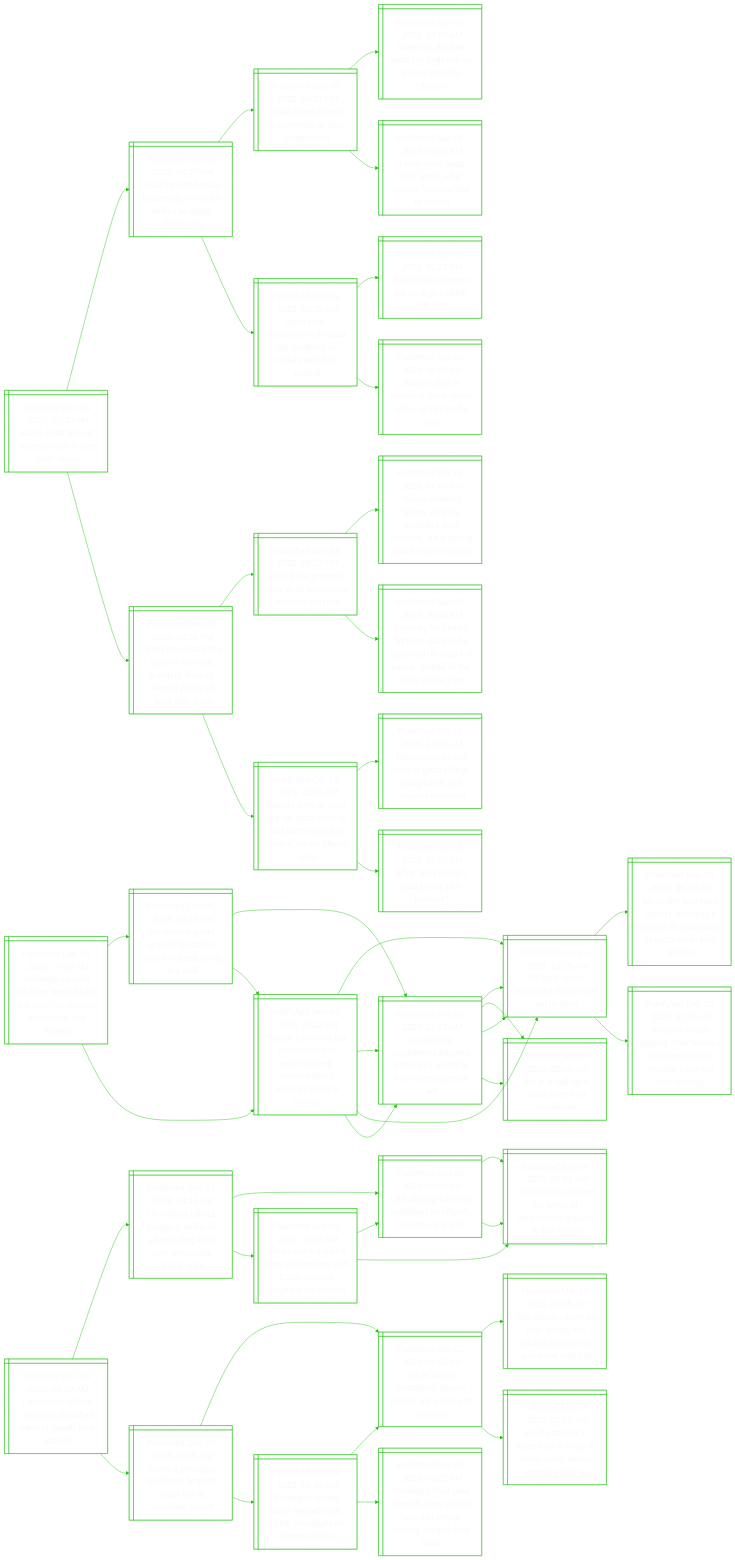
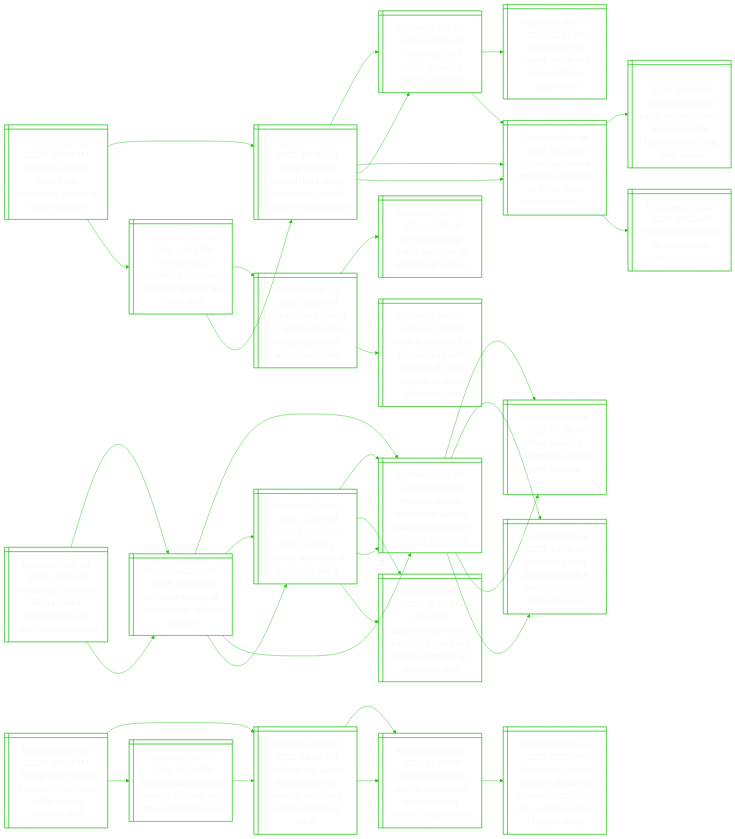
One commit to notJmes/notJmes changed the diagram in README.md. Above: the diagram before and after it, drawn with Mermaid. The commit also changed other lines of this file, not shown here.

````diff
--- a/README.md
+++ b/README.md
@@ -16,142 +16,118 @@
 flowchart LR
 classDef txtsize font-size:20px;
 
-IlrSeeNro@{ shape: win-pane, label: "_Published Dec 08, 2025, 07:30 AM_
-Israel, qatar and us secretly meet in new york: report" }
-Ilemahmaroais@{ shape: win-pane, label: "_Published Sep 09, 2025, 09:27 PM_
-Israel targets hamas leadership in military strikes on qatar, officials say" }
-Ilssreana@{ shape: win-pane, label: "_Published Sep 08, 2025, 04:31 PM_
-Israel warns hamas to surrender or face ‘annihilation’" }
-Ilaeahitsnos@{ shape: win-pane, label: "_Published Sep 08, 2025, 03:55 AM_
-Israel hits another gaza city high-rise as troops intensify offensive" }
-Teaanrisnos@{ shape: win-pane, label: "_Published Sep 08, 2025, 03:21 AM_
-Trump eyes gaza deal ‘soon’, after issuing ‘last warning’ to hamas" }
-Lnthlareseeis@{ shape: win-pane, label: "_Published Sep 09, 2025, 02:18 AM_
-‘leave now’, netanyahu tells gaza city residents as israel intensifies assault" }
-Ptneltsbo@{ shape: win-pane, label: "_Published Sep 08, 2025, 05:21 PM_
-Palestinian gunmen kill six at jerusalem bus stop" }
-IlkvitSneidy@{ shape: win-pane, label: "_Published Sep 09, 2025, 06:21 AM_
-Israel strikes in vicinity of three syrian cities, syrian media say" }
-Ileayiemisnsaan@{ shape: win-pane, label: "_Published Dec 07, 2025, 08:31 PM_
-Israeli pm netanyahu says he will meet trump to discuss second phase of gaza plan soon" }
-GrrswrHvnrs@{ shape: win-pane, label: "_Published Nov 24, 2025, 08:22 PM_
-Gaza truce progress slow as israeli-hamas violence persists" }
-Tdrcaaededlncbs@{ shape: win-pane, label: "_Published Oct 14, 2025, 07:45 PM_
-Trump declares victory as gaza ceasefire deal reached, but a lasting peace may be elusive" }
-AtHfezerydatoGel@{ shape: win-pane, label: "_Published Sep 30, 2025, 06:45 AM_
-Amnesty for hamas fighters, gaza to be governed by ‘board of peace’: details of the gaza peace plan" }
-Haognsidctseoiy@{ shape: win-pane, label: "_Published Oct 18, 2025, 12:36 AM_
-Hamas aims to keep grip on gaza security and can't commit to disarm, senior official says" }
-Hcewfkntrnucr@{ shape: win-pane, label: "_Published Oct 14, 2025, 12:30 AM_
-Hamas carries out wave of gaza killings, citing crime and security concerns" }
-Wouaaam@{ shape: win-pane, label: "_Published Oct 09, 2025, 05:50 PM_
-What does trump’s gaza peace plan promise?" }
+Kdtneretpsl@{ shape: win-pane, label: "_Published Dec 08, 2025, 09:00 AM_
+Kennedy center honors fete performers, but trump takes spotlight" }
+TteeaohotvKdt@{ shape: win-pane, label: "_Published Feb 08, 2025, 09:30 AM_
+Trump to make himself head of top washington cultural venue kennedy centre" }
+TseoBsrln@{ shape: win-pane, label: "_Published Feb 08, 2025, 08:39 AM_
+Trump says he’s revoking biden’s security clearance" }
+SiUiinenWn@{ shape: win-pane, label: "_Published Jan 07, 2021, 12:55 PM_
+Storming of us capitol: timeline of key events in washington" }
+Tseanccroytne@{ shape: win-pane, label: "_Published Feb 08, 2025, 01:34 AM_
+Trump says he will announce reciprocal tariffs on many countries next week" }
+Tseanccroytne@{ shape: win-pane, label: "_Published Feb 08, 2025, 01:34 AM_
+Trump says he will announce reciprocal tariffs on many countries next week" }
+TtcJtuhrtbcegIa@{ shape: win-pane, label: "_Published Feb 08, 2025, 03:00 AM_
+Trump touts close japan ties but pushes for ‘even’ trade balance in meeting with ishiba" }
+TpsfMoabta@{ shape: win-pane, label: "_Published Feb 04, 2025, 08:15 AM_
+Trump pauses tariffs on mexico and canada, but not china" }
+Tperoneisioh@{ shape: win-pane, label: "_Published Mar 18, 2025, 12:15 PM_
+Trump pledges overhaul of kennedy centre in first visit as board chair" }
+Tosifanidofia@{ shape: win-pane, label: "_Published Mar 15, 2025, 02:30 PM_
+Trump orders gutting of 7 federal agencies, including voice of america’s parent" }
+Ueurairede@{ shape: win-pane, label: "_Published Mar 14, 2025, 03:36 AM_
+Us federal judge orders agencies to rehire fired workers" }
+WHltsahlfenstcp@{ shape: win-pane, label: "_Published Mar 14, 2025, 06:31 PM_
+White house looks to press ahead with mass layoffs after agencies submit reduction plans" }
+TteeaohotvKdt@{ shape: win-pane, label: "_Published Feb 08, 2025, 09:30 AM_
+Trump to make himself head of top washington cultural venue kennedy centre" }
+TseoBsrln@{ shape: win-pane, label: "_Published Feb 08, 2025, 08:39 AM_
+Trump says he’s revoking biden’s security clearance" }
+Tseanccroytne@{ shape: win-pane, label: "_Published Feb 08, 2025, 01:34 AM_
+Trump says he will announce reciprocal tariffs on many countries next week" }
 
-IlrSeeNro:::txtsize --> Ilemahmaroais:::txtsize
-Ilemahmaroais:::txtsize --> Ilssreana:::txtsize
-Ilssreana:::txtsize --> Ilaeahitsnos:::txtsize
-Ilssreana:::txtsize --> Teaanrisnos:::txtsize
-Ilemahmaroais:::txtsize --> Lnthlareseeis:::txtsize
-Lnthlareseeis:::txtsize --> Ptneltsbo:::txtsize
-Lnthlareseeis:::txtsize --> IlkvitSneidy:::txtsize
-IlrSeeNro:::txtsize --> Ileayiemisnsaan:::txtsize
-Ileayiemisnsaan:::txtsize --> GrrswrHvnrs:::txtsize
-GrrswrHvnrs:::txtsize --> Tdrcaaededlncbs:::txtsize
-GrrswrHvnrs:::txtsize --> AtHfezerydatoGel:::txtsize
-Ileayiemisnsaan:::txtsize --> Haognsidctseoiy:::txtsize
-Haognsidctseoiy:::txtsize --> Hcewfkntrnucr:::txtsize
-Haognsidctseoiy:::txtsize --> Wouaaam:::txtsize
+Kdtneretpsl:::txtsize --> TteeaohotvKdt:::txtsize
+TteeaohotvKdt:::txtsize --> TseoBsrln:::txtsize
+TseoBsrln:::txtsize --> SiUiinenWn:::txtsize
+TseoBsrln:::txtsize --> Tseanccroytne:::txtsize
+TteeaohotvKdt:::txtsize --> Tseanccroytne:::txtsize
+Tseanccroytne:::txtsize --> TtcJtuhrtbcegIa:::txtsize
+Tseanccroytne:::txtsize --> TpsfMoabta:::txtsize
+Kdtneretpsl:::txtsize --> Tperoneisioh:::txtsize
+Tperoneisioh:::txtsize --> Tosifanidofia:::txtsize
+Tosifanidofia:::txtsize --> Ueurairede:::txtsize
+Tosifanidofia:::txtsize --> WHltsahlfenstcp:::txtsize
+Tperoneisioh:::txtsize --> TteeaohotvKdt:::txtsize
+TteeaohotvKdt:::txtsize --> TseoBsrln:::txtsize
+TteeaohotvKdt:::txtsize --> Tseanccroytne:::txtsize
 
-Kdcdrnccoertae@{ shape: win-pane, label: "_Published Dec 08, 2025, 07:15 AM_
-Kennedy vaccine advisers ‘turned back the clock’ on disease prevention, say experts" }
-Ucaphiaetrrf@{ shape: win-pane, label: "_Published Dec 06, 2025, 10:25 AM_
-Us vaccine panel upends hepatitis b advice in latest trump-era shift" }
-Ucotethsdssny@{ shape: win-pane, label: "_Published Dec 03, 2025, 11:01 AM_
-Us vaccine committee’s hepatitis b changes would be most consequential yet" }
-Usyidcsre@{ shape: win-pane, label: "_Published Dec 03, 2025, 10:25 AM_
-Us fda’s newly appointed drugs chief set to retire" }
-Rifttiec@{ shape: win-pane, label: "_Published Jan 02, 2025, 05:00 AM_
-Rfk jr is half right about american healthcare" }
-TeeDmoespeoevnn@{ shape: win-pane, label: "_Published Dec 04, 2025, 10:12 AM_
-Twelve former us fda commissioners express deep concern about agency’s vaccine change" }
-Usyidcsre@{ shape: win-pane, label: "_Published Dec 03, 2025, 10:25 AM_
-Us fda’s newly appointed drugs chief set to retire" }
-Ucotethsdssny@{ shape: win-pane, label: "_Published Dec 03, 2025, 11:01 AM_
-Us vaccine committee’s hepatitis b changes would be most consequential yet" }
-TeeDmoespeoevnn@{ shape: win-pane, label: "_Published Dec 04, 2025, 10:12 AM_
-Twelve former us fda commissioners express deep concern about agency’s vaccine change" }
-Usyidcsre@{ shape: win-pane, label: "_Published Dec 03, 2025, 10:25 AM_
-Us fda’s newly appointed drugs chief set to retire" }
-Ulcreeyituuaeole@{ shape: win-pane, label: "_Published Nov 18, 2025, 05:10 AM_
-Us health secretary robert f. kennedy jr tries to tie aluminium in vaccines to food allergies" }
-FUleheioeepento@{ shape: win-pane, label: "_Published Sep 18, 2025, 01:56 AM_
-Fired us health agency chief testifies about pressure to ‘replace evidence with ideology’" }
-Ucotethsdssny@{ shape: win-pane, label: "_Published Dec 03, 2025, 11:01 AM_
-Us vaccine committee’s hepatitis b changes would be most consequential yet" }
-Usyidcsre@{ shape: win-pane, label: "_Published Dec 03, 2025, 10:25 AM_
-Us fda’s newly appointed drugs chief set to retire" }
-Rifttiec@{ shape: win-pane, label: "_Published Jan 02, 2025, 05:00 AM_
-Rfk jr is half right about american healthcare" }
+Tsleiodnarera@{ shape: win-pane, label: "_Published Dec 08, 2025, 08:55 AM_
+Trump says ‘a little bit disappointed’ zelensky has not read peace proposal" }
+NaottirUk@{ shape: win-pane, label: "_Published Dec 07, 2025, 03:48 AM_
+No breakthrough at ‘constructive’ ukraine-us talks" }
+RansskerrocKa@{ shape: win-pane, label: "_Published Dec 06, 2025, 09:11 PM_
+Russian drones, missiles hit ukraine power and transport sectors, kyiv says" }
+Ntoaanrrotra@{ shape: win-pane, label: "_Published Dec 04, 2025, 07:38 AM_
+Next steps for ukraine talks unclear after moscow meeting, trump says" }
+Unyrlearthde@{ shape: win-pane, label: "_Published Dec 06, 2025, 10:16 AM_
+Un agency says chornobyl nuclear plant’s protective shield damaged" }
+Fermekrnznn@{ shape: win-pane, label: "_Published Dec 07, 2025, 12:16 AM_
+France’s macron to meet zelensky, starmer and merz in london on dec 8" }
+RansskerrocKa@{ shape: win-pane, label: "_Published Dec 06, 2025, 09:11 PM_
+Russian drones, missiles hit ukraine power and transport sectors, kyiv says" }
+Unphnanpiserttg@{ shape: win-pane, label: "_Published Dec 06, 2025, 08:01 PM_
+Ukraine’s zaporizhzhia nuclear plant temporarily lost power overnight, un watchdog says" }
+NaottirUk@{ shape: win-pane, label: "_Published Dec 07, 2025, 03:48 AM_
+No breakthrough at ‘constructive’ ukraine-us talks" }
+RansskerrocKa@{ shape: win-pane, label: "_Published Dec 06, 2025, 09:11 PM_
+Russian drones, missiles hit ukraine power and transport sectors, kyiv says" }
+Ntoaanrrotra@{ shape: win-pane, label: "_Published Dec 04, 2025, 07:38 AM_
+Next steps for ukraine talks unclear after moscow meeting, trump says" }
+Unyrlearthde@{ shape: win-pane, label: "_Published Dec 06, 2025, 10:16 AM_
+Un agency says chornobyl nuclear plant’s protective shield damaged" }
+Fermekrnznn@{ shape: win-pane, label: "_Published Dec 07, 2025, 12:16 AM_
+France’s macron to meet zelensky, starmer and merz in london on dec 8" }
+RansskerrocKa@{ shape: win-pane, label: "_Published Dec 06, 2025, 09:11 PM_
+Russian drones, missiles hit ukraine power and transport sectors, kyiv says" }
+Unphnanpiserttg@{ shape: win-pane, label: "_Published Dec 06, 2025, 08:01 PM_
+Ukraine’s zaporizhzhia nuclear plant temporarily lost power overnight, un watchdog says" }
 
-Kdcdrnccoertae:::txtsize --> Ucaphiaetrrf:::txtsize
-Ucaphiaetrrf:::txtsize --> Ucotethsdssny:::txtsize
-Ucotethsdssny:::txtsize --> Usyidcsre:::txtsize
-Ucotethsdssny:::txtsize --> Rifttiec:::txtsize
-Ucaphiaetrrf:::txtsize --> TeeDmoespeoevnn:::txtsize
-TeeDmoespeoevnn:::txtsize --> Usyidcsre:::txtsize
-TeeDmoespeoevnn:::txtsize --> Ucotethsdssny:::txtsize
-Kdcdrnccoertae:::txtsize --> TeeDmoespeoevnn:::txtsize
-TeeDmoespeoevnn:::txtsize --> Usyidcsre:::txtsize
-Usyidcsre:::txtsize --> Ulcreeyituuaeole:::txtsize
-Usyidcsre:::txtsize --> FUleheioeepento:::txtsize
-TeeDmoespeoevnn:::txtsize --> Ucotethsdssny:::txtsize
-Ucotethsdssny:::txtsize --> Usyidcsre:::txtsize
-Ucotethsdssny:::txtsize --> Rifttiec:::txtsize
+Tsleiodnarera:::txtsize --> NaottirUk:::txtsize
+NaottirUk:::txtsize --> RansskerrocKa:::txtsize
+RansskerrocKa:::txtsize --> Ntoaanrrotra:::txtsize
+RansskerrocKa:::txtsize --> Unyrlearthde:::txtsize
+NaottirUk:::txtsize --> Fermekrnznn:::txtsize
+Fermekrnznn:::txtsize --> RansskerrocKa:::txtsize
+Fermekrnznn:::txtsize --> Unphnanpiserttg:::txtsize
+Tsleiodnarera:::txtsize --> NaottirUk:::txtsize
+NaottirUk:::txtsize --> RansskerrocKa:::txtsize
+RansskerrocKa:::txtsize --> Ntoaanrrotra:::txtsize
+RansskerrocKa:::txtsize --> Unyrlearthde:::txtsize
+NaottirUk:::txtsize --> Fermekrnznn:::txtsize
+Fermekrnznn:::txtsize --> RansskerrocKa:::txtsize
+Fermekrnznn:::txtsize --> Unphnanpiserttg:::txtsize
 
-Draracivodaa@{ shape: win-pane, label: "_Published Dec 08, 2025, 06:50 AM_
-Democrats call for releasing classified video of deadly boat attacks" }
-UikperngutVura@{ shape: win-pane, label: "_Published Sep 03, 2025, 04:19 AM_
-Us military kills 11 people in strike on alleged drug boat from venezuela, trump says" }
-Ulfsrafapay@{ shape: win-pane, label: "_Published Aug 30, 2025, 03:43 AM_
-Us builds up forces in caribbean as officials, experts, ask why" }
-Ursratnldoi@{ shape: win-pane, label: "_Published Aug 08, 2025, 06:51 AM_
-Us increases reward for arrest of venezeula’s maduro to $64 million" }
-Ursratnldoi@{ shape: win-pane, label: "_Published Aug 08, 2025, 06:51 AM_
-Us increases reward for arrest of venezeula’s maduro to $64 million" }
-VuMoUswieggoy@{ shape: win-pane, label: "_Published Sep 02, 2025, 01:19 AM_
-Venezuela’s maduro says us warships with 1,200 missiles targeting his country" }
-Ulfsrafapay@{ shape: win-pane, label: "_Published Aug 30, 2025, 03:43 AM_
-Us builds up forces in caribbean as officials, experts, ask why" }
-Ursratnldoi@{ shape: win-pane, label: "_Published Aug 08, 2025, 06:51 AM_
-Us increases reward for arrest of venezeula’s maduro to $64 million" }
-Tsahegufsdo@{ shape: win-pane, label: "_Published Dec 07, 2025, 10:25 AM_
-Trump’s pentagon chief pete hegseth under fire as scandals mount" }
-WHmkssnliui@{ shape: win-pane, label: "_Published Mar 25, 2025, 04:50 AM_
-White house mistakenly shares yemen war plans with journalist" }
-Hiinuposhrah@{ shape: win-pane, label: "_Published Mar 17, 2025, 03:35 PM_
-‘hell will rain down on you’: trump, the houthis and the us’ proxy war with iran" }
-HicYfsteloofU@{ shape: win-pane, label: "_Published Mar 24, 2025, 07:55 AM_
-Houthi attacks in yemen force ships to make costly detour around africa: us" }
-PgvaHtrasoei@{ shape: win-pane, label: "_Published Dec 04, 2025, 05:30 AM_
-Pentagon review faults hegseth over signal messages on yemen strikes" }
-WHmkssnliui@{ shape: win-pane, label: "_Published Mar 25, 2025, 04:50 AM_
-White house mistakenly shares yemen war plans with journalist" }
-Pgitsahltnkldb@{ shape: win-pane, label: "_Published Dec 03, 2025, 03:21 AM_
-Pentagon chief pete hegseth says us has ‘only just begun’ striking alleged drug boats" }
+TseivrwtWrhe@{ shape: win-pane, label: "_Published Dec 08, 2025, 08:40 AM_
+Trump says he’ll be involved in review of netflix-warner brothers deal" }
+Niunocydtiimh@{ shape: win-pane, label: "_Published Dec 05, 2025, 08:40 PM_
+Netflix to buy warner bros discovery’s studios, streaming unit for more than $93b" }
+Nixilbrrsreua@{ shape: win-pane, label: "_Published Dec 05, 2025, 02:40 PM_
+Netflix in exclusive talks to buy warner bros discovery assets, source says" }
+BnmosaAtoppubsg@{ shape: win-pane, label: "_Published Dec 04, 2025, 02:29 PM_
+Bad bunny named spotify’s global top artiste in 2025, rose’s apt. is apple music’s biggest song" }
+NiaiWrwenoo@{ shape: win-pane, label: "_Published Dec 07, 2025, 06:20 PM_
+Netflix’s swallowing of warner bros will be the end of hollywood" }
+Niunocydtiimh@{ shape: win-pane, label: "_Published Dec 05, 2025, 08:40 PM_
+Netflix to buy warner bros discovery’s studios, streaming unit for more than $93b" }
+Nixilbrrsreua@{ shape: win-pane, label: "_Published Dec 05, 2025, 02:40 PM_
+Netflix in exclusive talks to buy warner bros discovery assets, source says" }
 
-Draracivodaa:::txtsize --> UikperngutVura:::txtsize
-UikperngutVura:::txtsize --> Ulfsrafapay:::txtsize
-Ulfsrafapay:::txtsize --> Ursratnldoi:::txtsize
-Ulfsrafapay:::txtsize --> Ursratnldoi:::txtsize
-UikperngutVura:::txtsize --> VuMoUswieggoy:::txtsize
-VuMoUswieggoy:::txtsize --> Ulfsrafapay:::txtsize
-VuMoUswieggoy:::txtsize --> Ursratnldoi:::txtsize
-Draracivodaa:::txtsize --> Tsahegufsdo:::txtsize
-Tsahegufsdo:::txtsize --> WHmkssnliui:::txtsize
-WHmkssnliui:::txtsize --> Hiinuposhrah:::txtsize
-WHmkssnliui:::txtsize --> HicYfsteloofU:::txtsize
-Tsahegufsdo:::txtsize --> PgvaHtrasoei:::txtsize
-PgvaHtrasoei:::txtsize --> WHmkssnliui:::txtsize
-PgvaHtrasoei:::txtsize --> Pgitsahltnkldb:::txtsize
+TseivrwtWrhe:::txtsize --> Niunocydtiimh:::txtsize
+Niunocydtiimh:::txtsize --> Nixilbrrsreua:::txtsize
+Nixilbrrsreua:::txtsize --> BnmosaAtoppubsg:::txtsize
+TseivrwtWrhe:::txtsize --> NiaiWrwenoo:::txtsize
+NiaiWrwenoo:::txtsize --> Niunocydtiimh:::txtsize
+Niunocydtiimh:::txtsize --> Nixilbrrsreua:::txtsize
 
 ```
````
